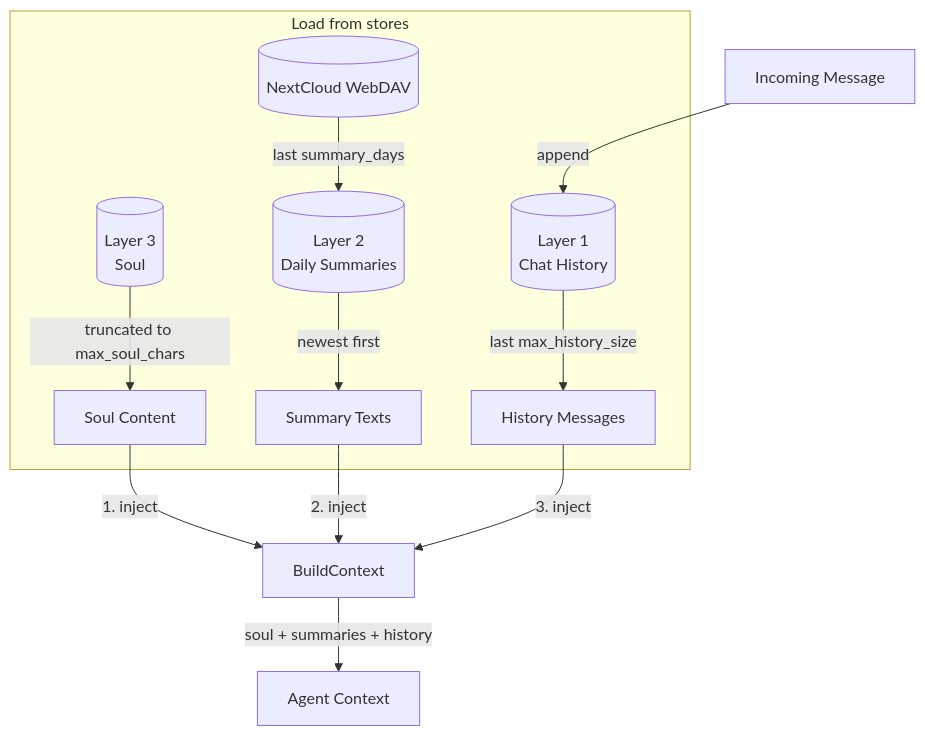
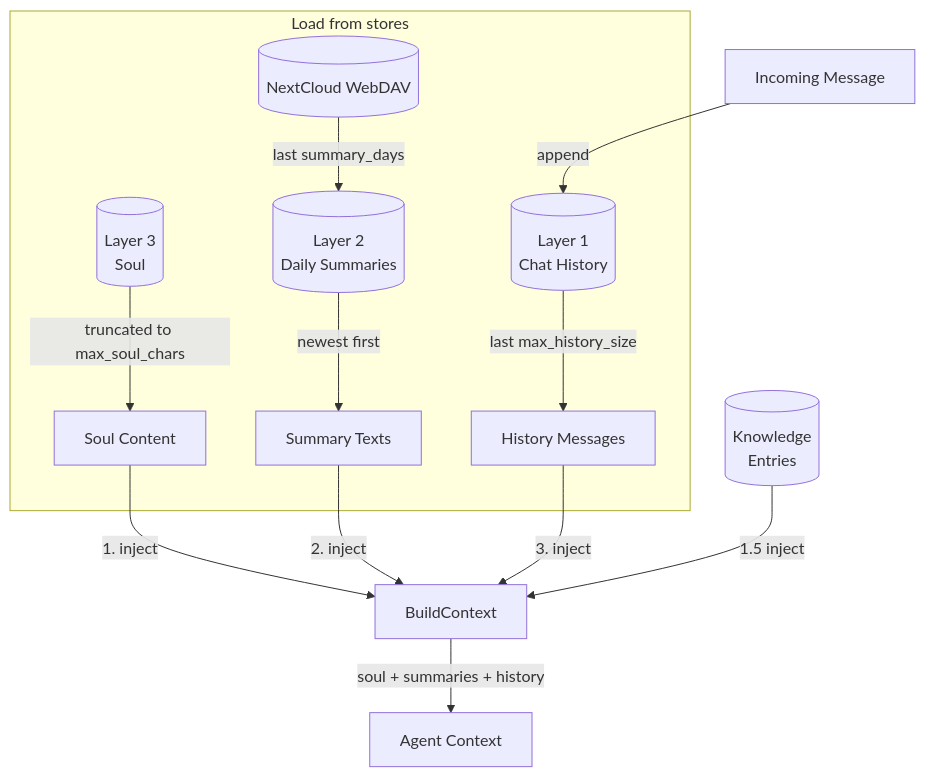
One commit to cosmoswafer/rockbot changed the first of 7 diagrams in _dfds/base/memory.md. Above: the diagram before and after it, drawn with Mermaid. The commit also changed other lines of this file and 11 other files, not shown here.

````diff
--- a/_dfds/base/memory.md
+++ b/_dfds/base/memory.md
@@ -55,22 +55,24 @@
 ```mermaid
 flowchart TD
     L3[(Layer 3<br/>Soul)]
     L2[(Layer 2<br/>Daily Summaries)]
     WEBDAV[(NextCloud WebDAV)]
     L1[(Layer 1<br/>Chat History)]
+    KNOWLEDGE[(Knowledge<br/>Entries)]
     BUILD[BuildContext]
 
     subgraph "Load from stores"
         L3 -->|"truncated to max_soul_chars"| SOUL_OUT[Soul Content]
         WEBDAV -->|"last summary_days"| L2
         L2 -->|"newest first"| SUM_OUT[Summary Texts]
         L1 -->|"last max_history_size"| HIST_OUT[History Messages]
     end
 
     SOUL_OUT -->|"1. inject"| BUILD
+    KNOWLEDGE -->|"1.5 inject"| BUILD
     SUM_OUT -->|"2. inject"| BUILD
     HIST_OUT -->|"3. inject"| BUILD
     BUILD -->|"soul + summaries + history"| CONTEXT[Agent Context]
 
     MSG[Incoming Message] -->|"append"| L1
 ```
````
